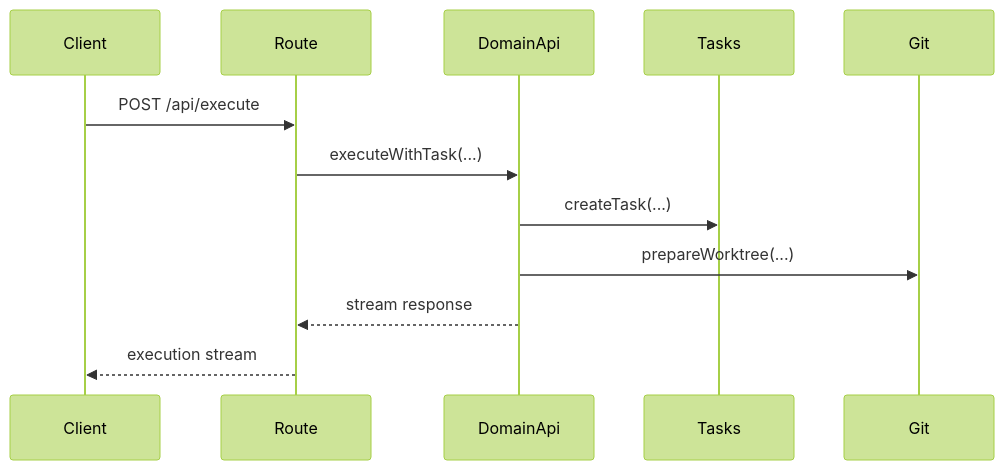
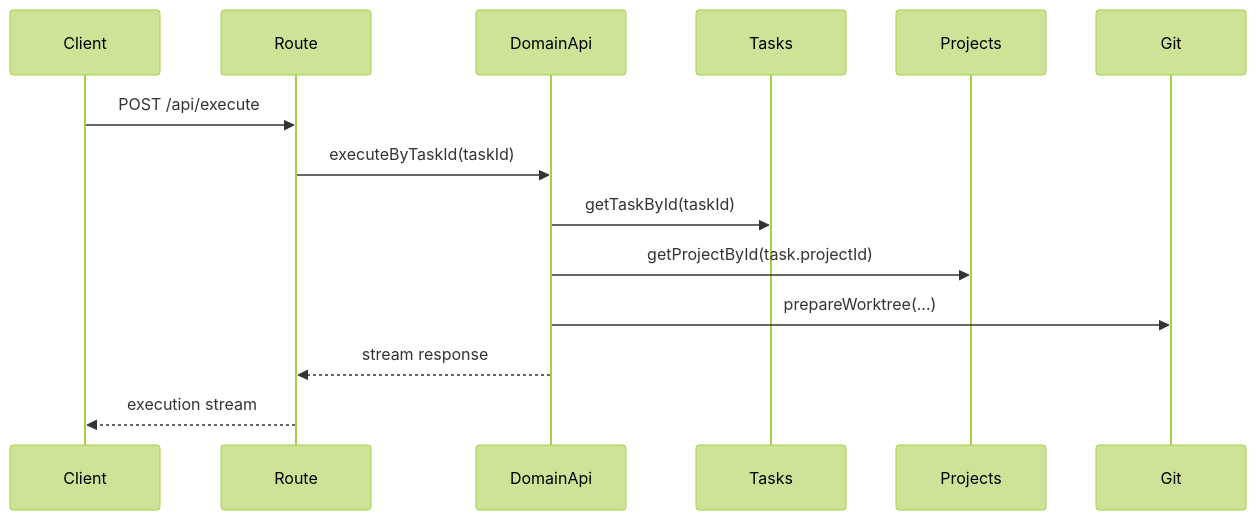
The first of 5 diagrams in src/backend/domains/agents/README.md (TurtleStoffel/tektite-console), drawn with Mermaid (forest theme) before and after one commit. The commit also changed 9 other files, not shown here.

````diff
--- a/src/backend/domains/agents/README.md
+++ b/src/backend/domains/agents/README.md
@@ -12,14 +12,16 @@
 ```mermaid
 sequenceDiagram
     participant Client
     participant Route
     participant DomainApi
     participant Tasks
+    participant Projects
     participant Git
     Client->>Route: POST /api/execute
-    Route->>DomainApi: executeWithTask(...)
-    DomainApi->>Tasks: createTask(...)
+    Route->>DomainApi: executeByTaskId(taskId)
+    DomainApi->>Tasks: getTaskById(taskId)
+    DomainApi->>Projects: getProjectById(task.projectId)
     DomainApi->>Git: prepareWorktree(...)
     DomainApi-->>Route: stream response
     Route-->>Client: execution stream
 ```
````
